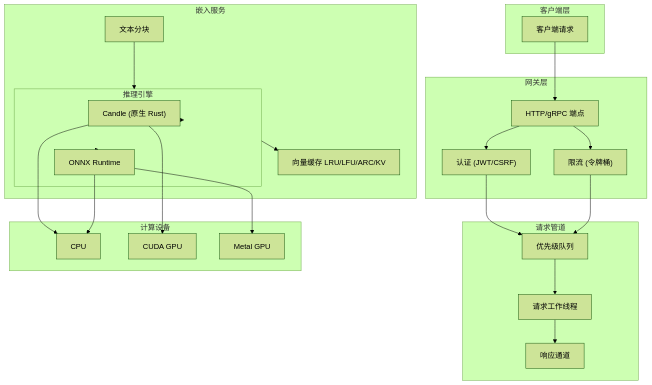
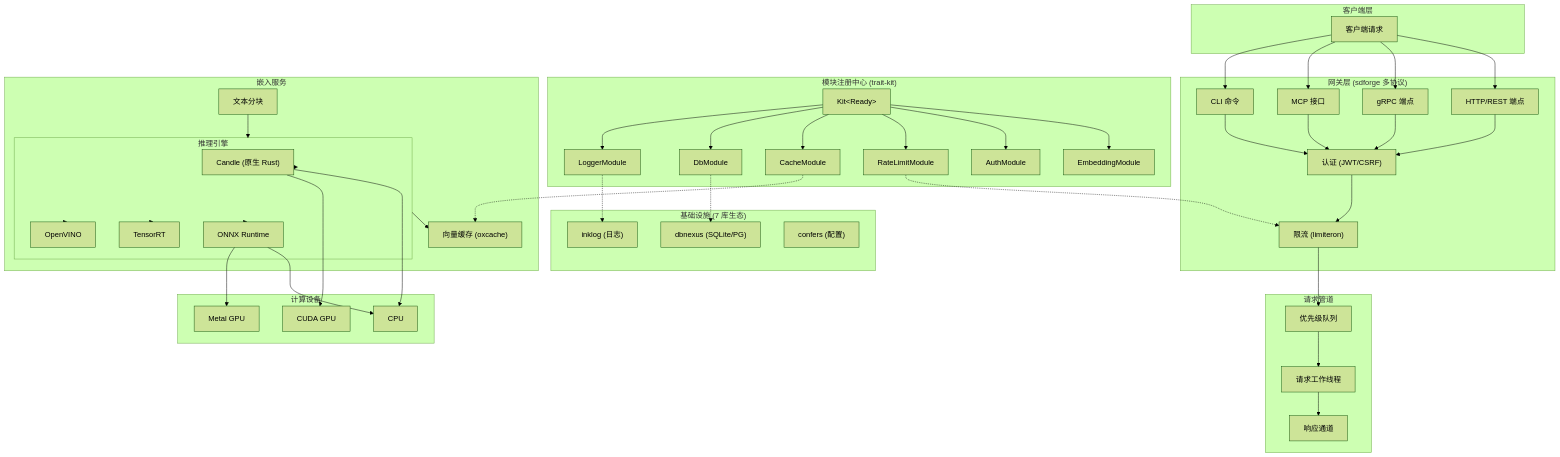
The second of 2 diagrams in README.md (Kirky-X/vecboost), drawn with Mermaid (forest theme) before and after one commit. The commit also changed other lines of this file and 84 other files, not shown here.

````diff
--- a/README.md
+++ b/README.md
@@ -261,55 +397,77 @@
 ```mermaid
 graph TB
     subgraph Client_Layer["客户端层"]
         Client[客户端请求]
     end
 
-    subgraph Gateway["网关层"]
-        HTTP["HTTP/gRPC 端点"]
+    subgraph Gateway["网关层 (sdforge 多协议)"]
+        HTTP["HTTP/REST 端点"]
+        gRPC["gRPC 端点"]
+        MCP["MCP 接口"]
+        CLI["CLI 命令"]
         Auth["认证 (JWT/CSRF)"]
-        RateLim["限流 (令牌桶)"]
+        RateLim["限流 (limiteron)"]
+    end
+
+    subgraph Kit_Layer["模块注册中心 (trait-kit)"]
+        Kit["Kit&lt;Ready&gt;"]
+        Kit --> EmbeddingMod["EmbeddingModule"]
+        Kit --> AuthMod["AuthModule"]
+        Kit --> RateLimitMod["RateLimitModule"]
+        Kit --> CacheMod["CacheModule"]
+        Kit --> DbMod["DbModule"]
+        Kit --> LoggerMod["LoggerModule"]
     end
 
     subgraph Pipeline["请求管道"]
         Queue["优先级队列"]
         Workers["请求工作线程"]
         Response["响应通道"]
     end
 
     subgraph Service["嵌入服务"]
         Text["文本分块"]
-        Engine["推理引擎"]
-        Cache["向量缓存 LRU/LFU/ARC/KV"]
+        Engine["推理引擎 (EngineFactory)"]
+        Cache["向量缓存 (oxcache)"]
     end
 
     subgraph Engine["推理引擎"]
         Candle["Candle (原生 Rust)"]
         ONNX["ONNX Runtime"]
+        TensorRT["TensorRT"]
+        OpenVINO["OpenVINO"]
+    end
+
+    subgraph Infra["基础设施 (7 库生态)"]
+        DbNexus["dbnexus (SQLite/PG)"]
+        Inklog["inklog (日志)"]
+        Confers["confers (配置)"]
     end
 
     subgraph Device["计算设备"]
         CPU["CPU"]
         CUDA["CUDA GPU"]
         Metal["Metal GPU"]
     end
 
-    Client --> HTTP
-    HTTP --> Auth
-    HTTP --> RateLim
-    Auth --> Queue
+    Client --> HTTP & gRPC & MCP & CLI
+    HTTP & gRPC & MCP & CLI --> Auth
+    Auth --> RateLim
     RateLim --> Queue
 
     Queue --> Workers
     Workers --> Response
 
     Text --> Engine
     Engine --> Cache
 
-    Engine --> Candle
-    Engine --> ONNX
+    Engine --> Candle & ONNX & TensorRT & OpenVINO
 
-    Candle --> CPU
-    Candle --> CUDA
-    ONNX --> CPU
-    ONNX --> Metal
+    Candle --> CPU & CUDA
+    ONNX --> CPU & Metal
+
+    CacheMod -.-> Cache
+    DbMod -.-> DbNexus
+    LoggerMod -.-> Inklog
+    RateLimitMod -.-> RateLim
 ```
````
